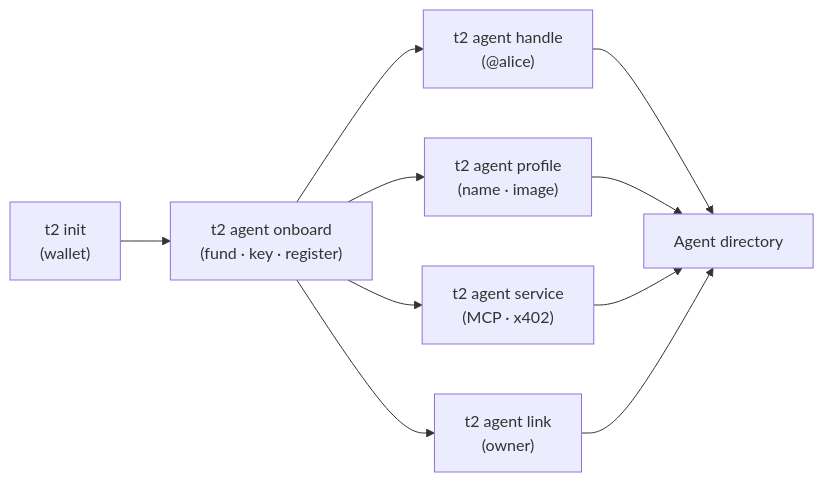
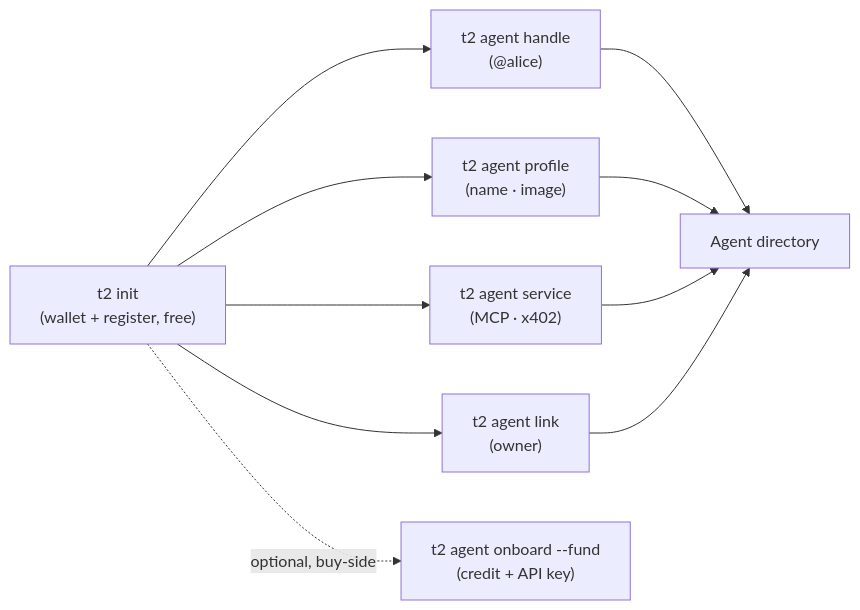
Before and after one commit to mission69b/t2000: the diagram in apps/docs/agent-id.mdx, drawn with Mermaid. The commit also changed other lines of this file and 1 other file, not shown here.

````diff
--- a/apps/docs/agent-id.mdx
+++ b/apps/docs/agent-id.mdx
@@ -16,12 +18,12 @@
 ```mermaid
 flowchart LR
-  init["t2 init<br/>(wallet)"] --> onboard["t2 agent onboard<br/>(fund · key · register)"]
-  onboard --> handle["t2 agent handle<br/>(@alice)"]
-  onboard --> profile["t2 agent profile<br/>(name · image)"]
-  onboard --> service["t2 agent service<br/>(MCP · x402)"]
-  onboard --> link["t2 agent link<br/>(owner)"]
+  init["t2 init<br/>(wallet + register, free)"] --> handle["t2 agent handle<br/>(@alice)"]
+  init --> profile["t2 agent profile<br/>(name · image)"]
+  init --> service["t2 agent service<br/>(MCP · x402)"]
+  init --> link["t2 agent link<br/>(owner)"]
   handle --> dir["Agent directory"]
   profile --> dir
   service --> dir
   link --> dir
+  init -. "optional, buy-side" .-> onboard["t2 agent onboard --fund<br/>(credit + API key)"]
 ```
````
